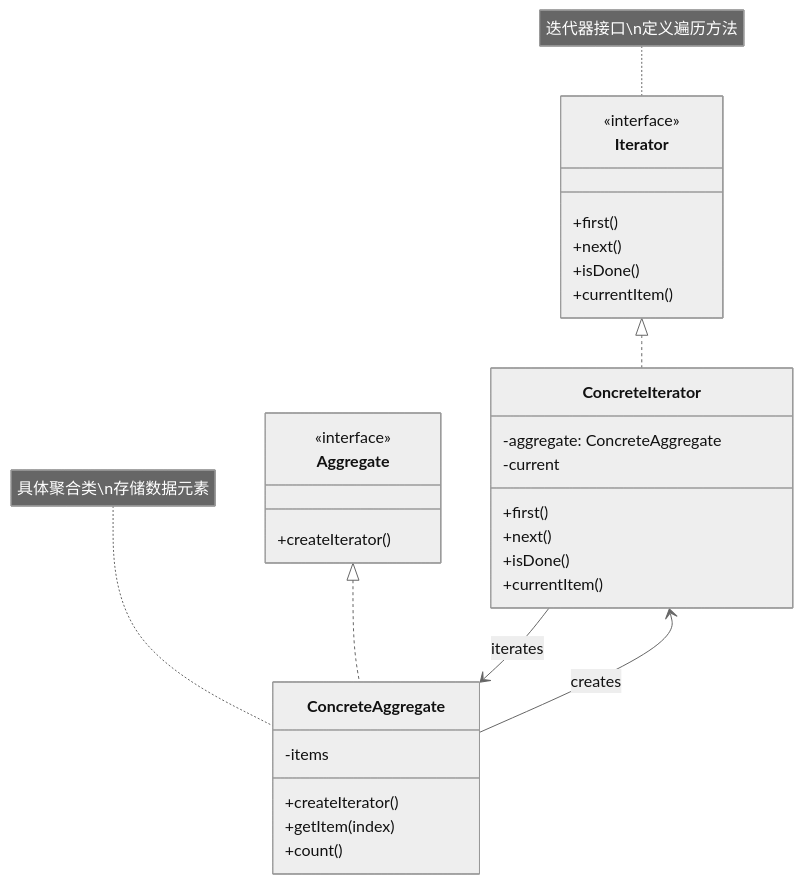
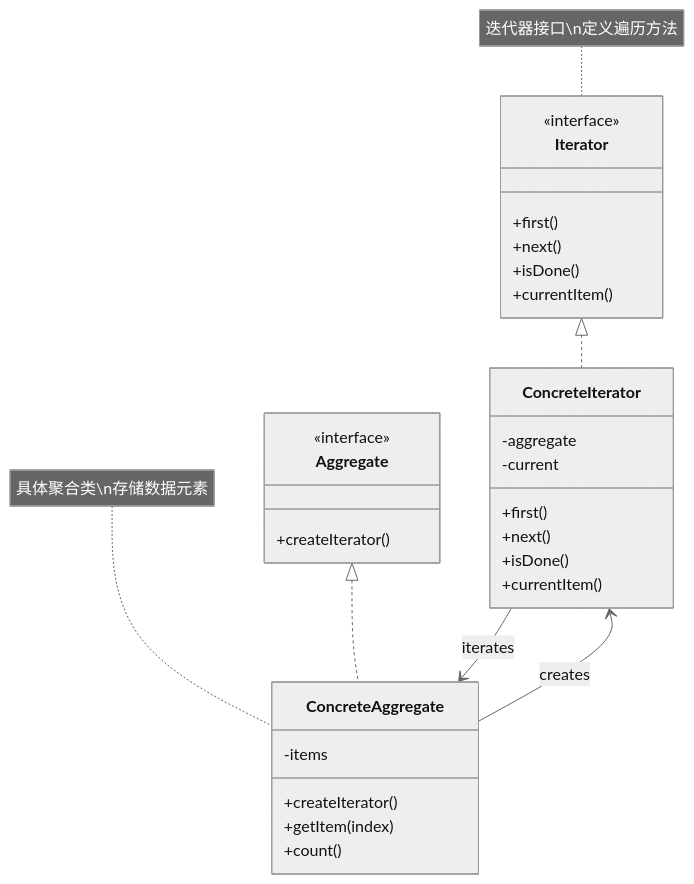
One commit to fanly/DesignPattern changed the first of 7 diagrams in resources/design-patterns/laravel/behavioral/iterator_zh.md. Above: the diagram before and after it, drawn with Mermaid (neutral theme). The commit also changed other lines of this file and 17 other files, not shown here.

````diff
--- a/resources/design-patterns/laravel/behavioral/iterator_zh.md
+++ b/resources/design-patterns/laravel/behavioral/iterator_zh.md
@@ -10,39 +10,39 @@
 ```mermaid
 classDiagram
     class Iterator {
         <<interface>>
         +first()
         +next()
         +isDone()
         +currentItem()
     }
     
     class ConcreteIterator {
-        -aggregate: ConcreteAggregate
+        -aggregate
         -current
         +first()
         +next()
         +isDone()
         +currentItem()
     }
     
     class Aggregate {
         <<interface>>
         +createIterator()
     }
     
     class ConcreteAggregate {
         -items
         +createIterator()
         +getItem(index)
         +count()
     }
     
     Iterator <|.. ConcreteIterator
     Aggregate <|.. ConcreteAggregate
     ConcreteIterator --> ConcreteAggregate : iterates
     ConcreteAggregate --> ConcreteIterator : creates
     
     note for Iterator "迭代器接口\n定义遍历方法"
     note for ConcreteAggregate "具体聚合类\n存储数据元素"
 ```
````
